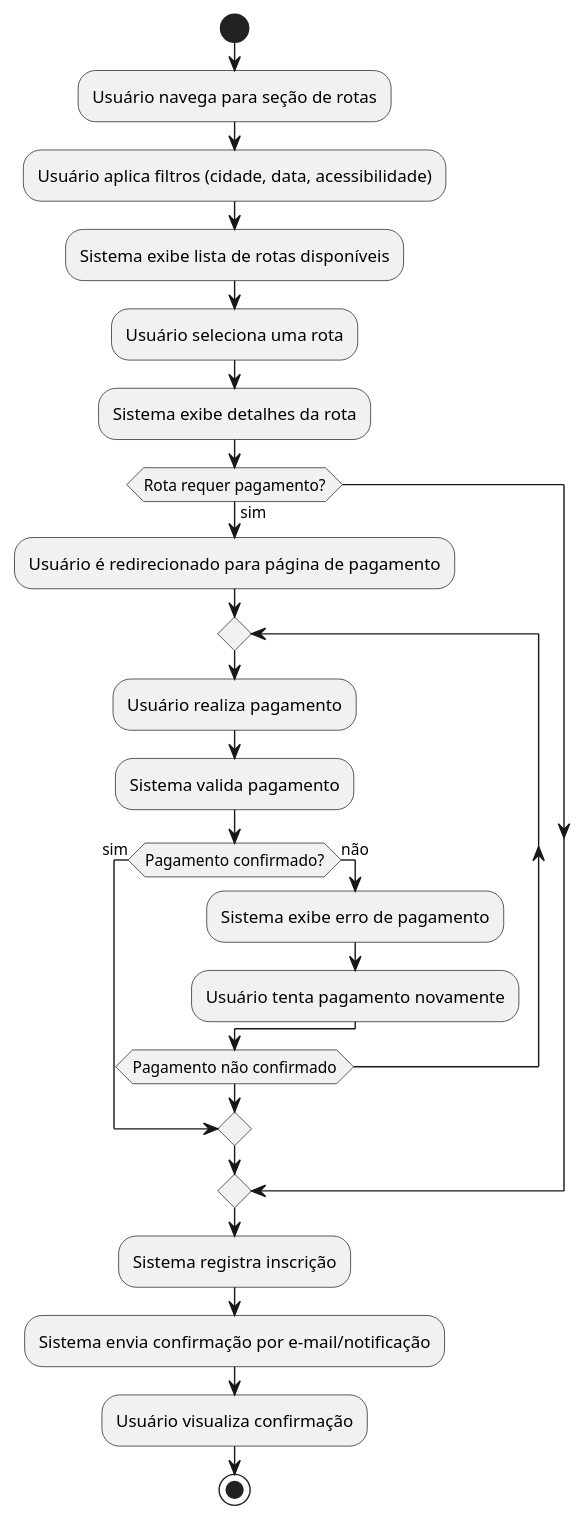
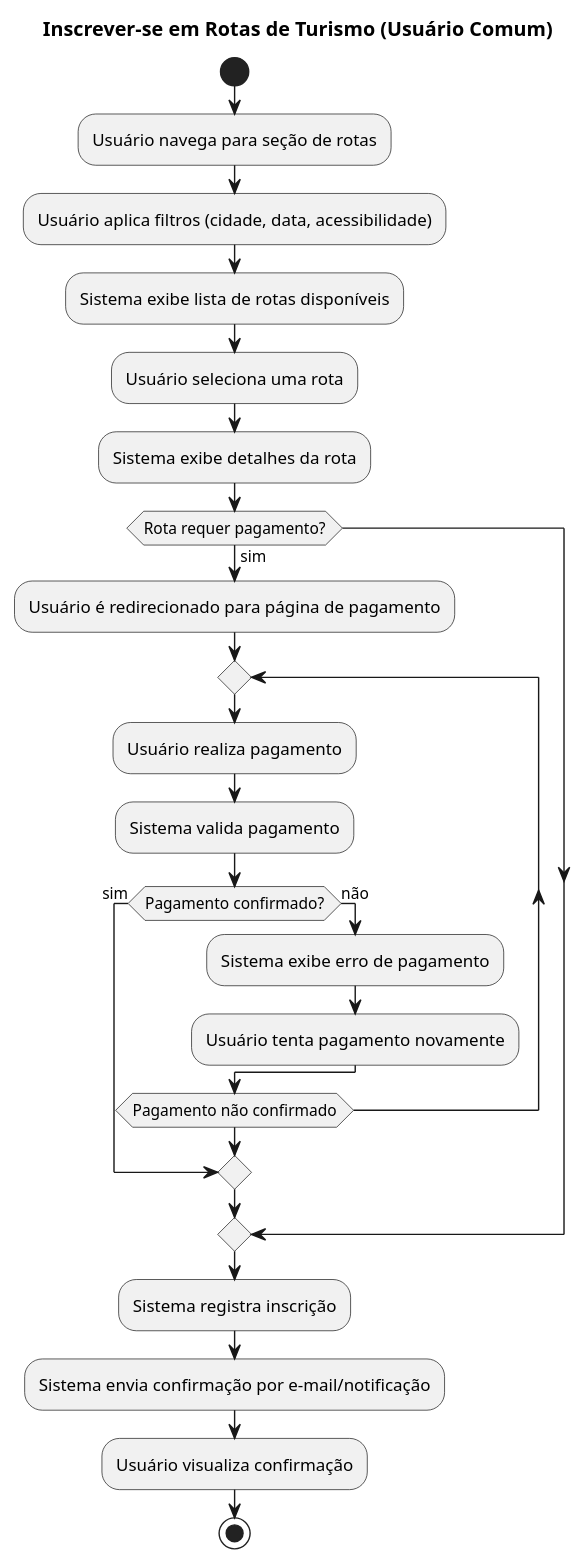
One commit to FateCoders/tripmaker-documentation changed the diagram in diagrams/atividades/inscrever_rota.puml. Above: the diagram before and after it, drawn with PlantUML. The commit also changed 1 other file, not shown here.

Commit message:
:memo: Titulos em diagramas que faltavam títulos

```diff
--- a/diagrams/atividades/inscrever_rota.puml
+++ b/diagrams/atividades/inscrever_rota.puml
@@ -1,30 +1,31 @@
 @startuml
 start
+title Inscrever-se em Rotas de Turismo (Usuário Comum)
 
 :Usuário navega para seção de rotas;
 :Usuário aplica filtros (cidade, data, acessibilidade);
 :Sistema exibe lista de rotas disponíveis;
 :Usuário seleciona uma rota;
 :Sistema exibe detalhes da rota;
 
 if (Rota requer pagamento?) then (sim)
     :Usuário é redirecionado para página de pagamento;
 
     repeat
         :Usuário realiza pagamento;
         :Sistema valida pagamento;
         if (Pagamento confirmado?) then (sim)
             break
         else (não)
             :Sistema exibe erro de pagamento;
             :Usuário tenta pagamento novamente;
         endif
     repeat while (Pagamento não confirmado)
 endif
 
 :Sistema registra inscrição;
 :Sistema envia confirmação por e-mail/notificação;
 :Usuário visualiza confirmação;
 stop
 
 @enduml
```
